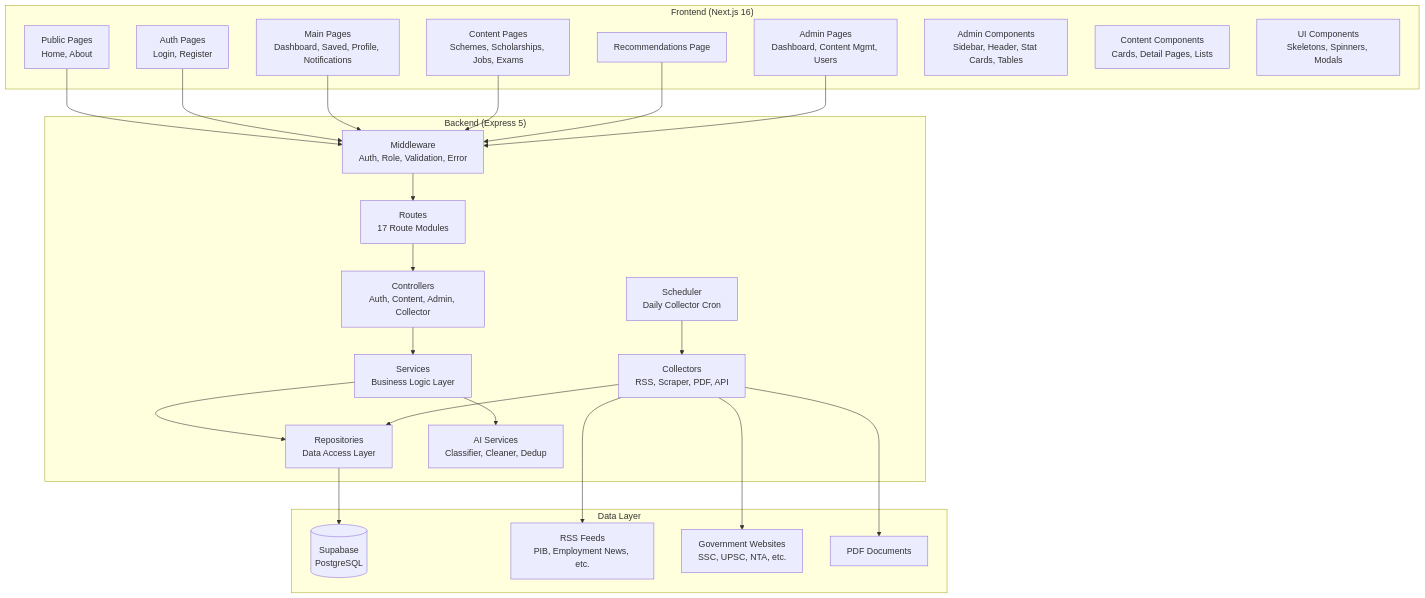
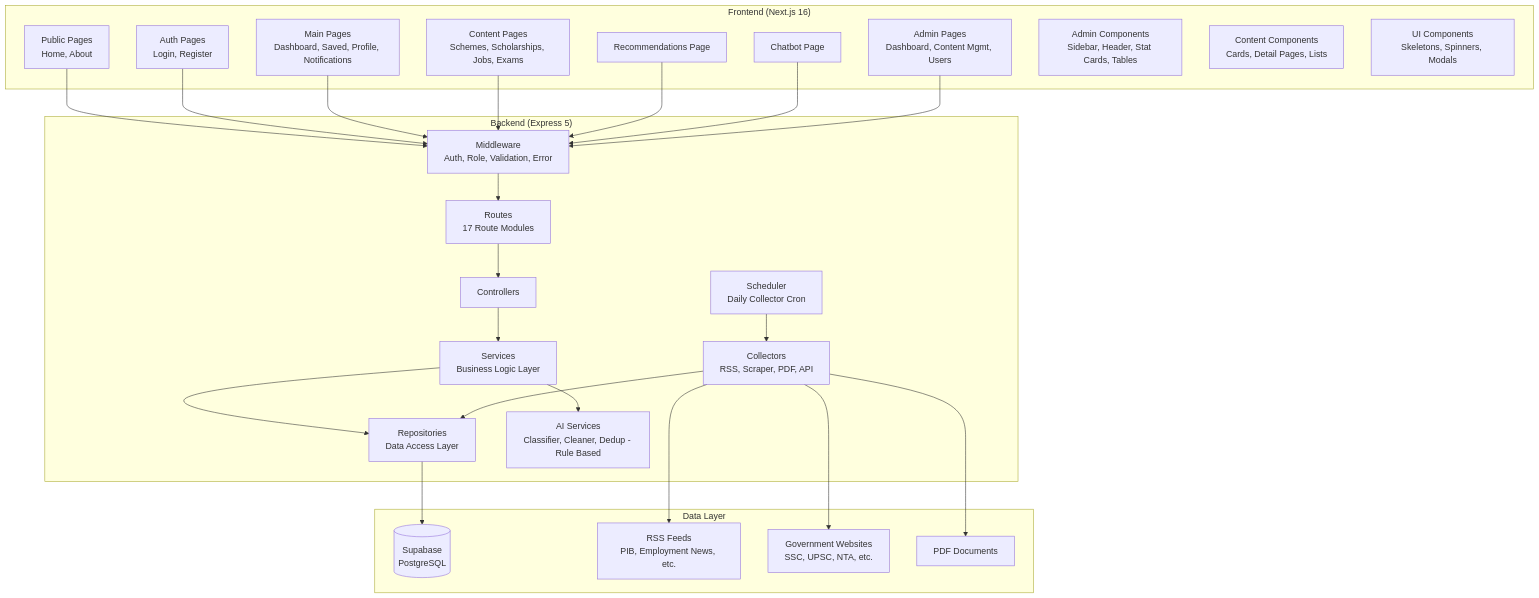
The first of 6 diagrams in DOCUMENTATION.md (ankitpandey006/BharatLens), drawn with Mermaid before and after one commit. The commit also changed other lines of this file and 28 other files, not shown here.

````diff
--- a/DOCUMENTATION.md
+++ b/DOCUMENTATION.md
@@ -68,50 +71,52 @@
 ```mermaid
 graph TB
     subgraph "Frontend (Next.js 16)"
         FP[Public Pages<br/>Home, About]
         AP[Auth Pages<br/>Login, Register]
         MP[Main Pages<br/>Dashboard, Saved, Profile, Notifications]
         CP[Content Pages<br/>Schemes, Scholarships, Jobs, Exams]
         RP[Recommendations Page]
+        CH[Chatbot Page]
         ADP[Admin Pages<br/>Dashboard, Content Mgmt, Users]
         AC[Admin Components<br/>Sidebar, Header, Stat Cards, Tables]
         CC[Content Components<br/>Cards, Detail Pages, Lists]
         UC[UI Components<br/>Skeletons, Spinners, Modals]
     end
 
     subgraph "Backend (Express 5)"
         MW[Middleware<br/>Auth, Role, Validation, Error]
         R[Routes<br/>17 Route Modules]
-        C[Controllers<br/>Auth, Content, Admin, Collector]
+        C[Controllers]
         S[Services<br/>Business Logic Layer]
         REP[Repositories<br/>Data Access Layer]
-        AI[AI Services<br/>Classifier, Cleaner, Dedup]
+        AI[AI Services<br/>Classifier, Cleaner, Dedup - Rule Based]
         COL[Collectors<br/>RSS, Scraper, PDF, API]
         SCH[Scheduler<br/>Daily Collector Cron]
     end
 
     subgraph "Data Layer"
         SUP[(Supabase<br/>PostgreSQL)]
         RSS[RSS Feeds<br/>PIB, Employment News, etc.]
         WEB[Government Websites<br/>SSC, UPSC, NTA, etc.]
         PDF[PDF Documents]
     end
 
     FP --> MW
     AP --> MW
     MP --> MW
     CP --> MW
     RP --> MW
+    CH --> MW
     ADP --> MW
     MW --> R
     R --> C
     C --> S
     S --> REP
     S --> AI
     COL --> REP
     SCH --> COL
     COL --> RSS
     COL --> WEB
     COL --> PDF
     REP --> SUP
 ```
````
